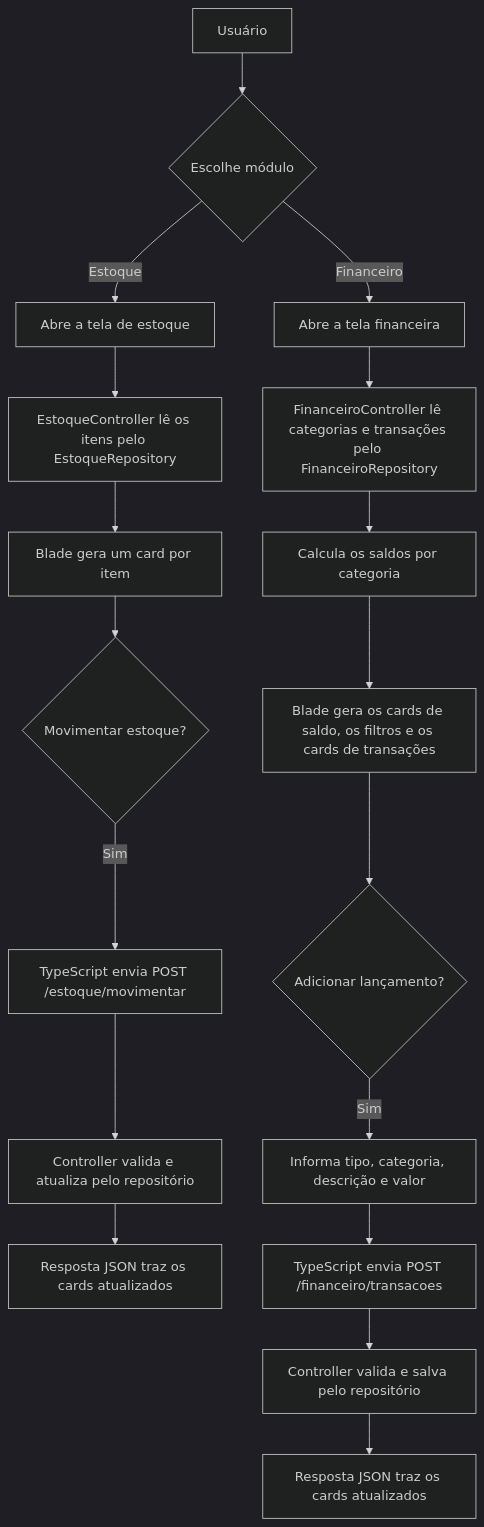
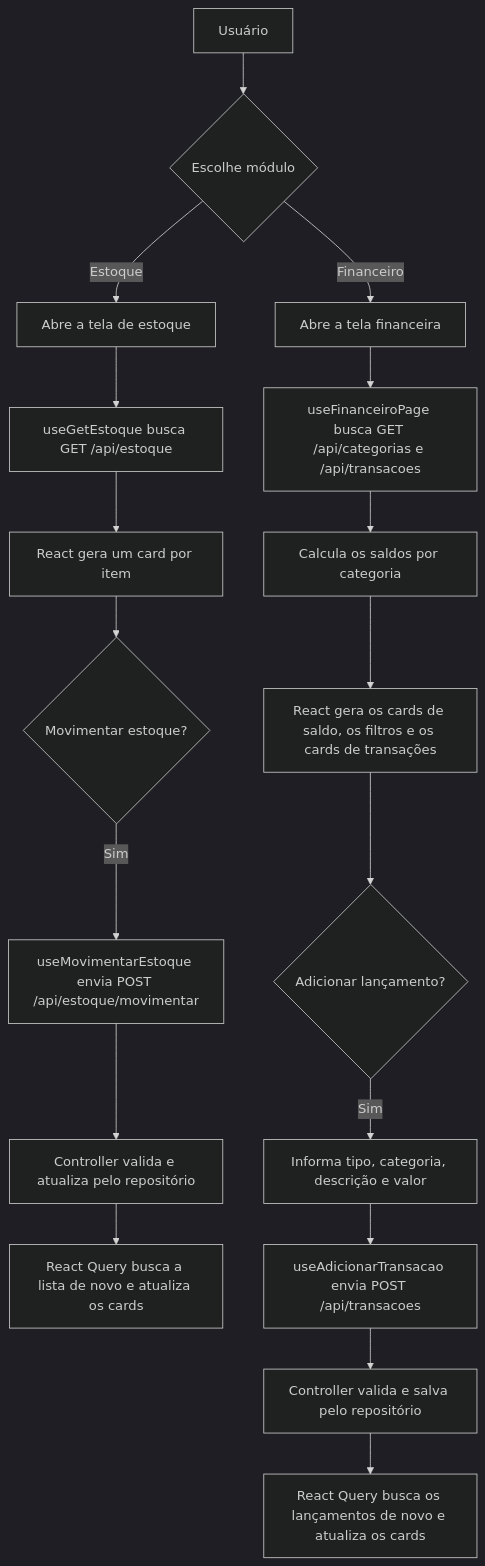
Before and after one commit to FontanaLeo/acougue-manager: the first of 3 diagrams in COMO-INICIAR.md, drawn with Mermaid (dark theme). The commit also changed other lines of this file and 65 other files, not shown here.

````diff
--- a/COMO-INICIAR.md
+++ b/COMO-INICIAR.md
@@ -57,22 +57,22 @@
 ```mermaid
 flowchart TD
     U[Usuário] --> M{Escolhe módulo}
 
     M -->|Estoque| E1[Abre a tela de estoque]
-    E1 --> E2[EstoqueController lê os itens pelo EstoqueRepository]
-    E2 --> E3[Blade gera um card por item]
+    E1 --> E2[useGetEstoque busca GET /api/estoque]
+    E2 --> E3[React gera um card por item]
     E3 --> E4{Movimentar estoque?}
-    E4 -->|Sim| E5[TypeScript envia POST /estoque/movimentar]
+    E4 -->|Sim| E5[useMovimentarEstoque envia POST /api/estoque/movimentar]
     E5 --> E6[Controller valida e atualiza pelo repositório]
-    E6 --> E7[Resposta JSON traz os cards atualizados]
+    E6 --> E7[React Query busca a lista de novo e atualiza os cards]
 
     M -->|Financeiro| F1[Abre a tela financeira]
-    F1 --> F2[FinanceiroController lê categorias e transações pelo FinanceiroRepository]
+    F1 --> F2[useFinanceiroPage busca GET /api/categorias e /api/transacoes]
     F2 --> F3[Calcula os saldos por categoria]
-    F3 --> F4[Blade gera os cards de saldo, os filtros e os cards de transações]
+    F3 --> F4[React gera os cards de saldo, os filtros e os cards de transações]
     F4 --> F5{Adicionar lançamento?}
     F5 -->|Sim| F6[Informa tipo, categoria, descrição e valor]
-    F6 --> F7[TypeScript envia POST /financeiro/transacoes]
+    F6 --> F7[useAdicionarTransacao envia POST /api/transacoes]
     F7 --> F8[Controller valida e salva pelo repositório]
-    F8 --> F9[Resposta JSON traz os cards atualizados]
+    F8 --> F9[React Query busca os lançamentos de novo e atualiza os cards]
 ```
````
